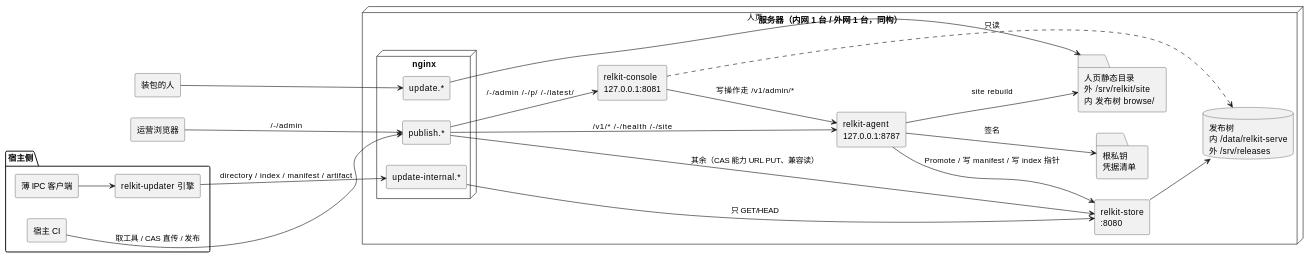
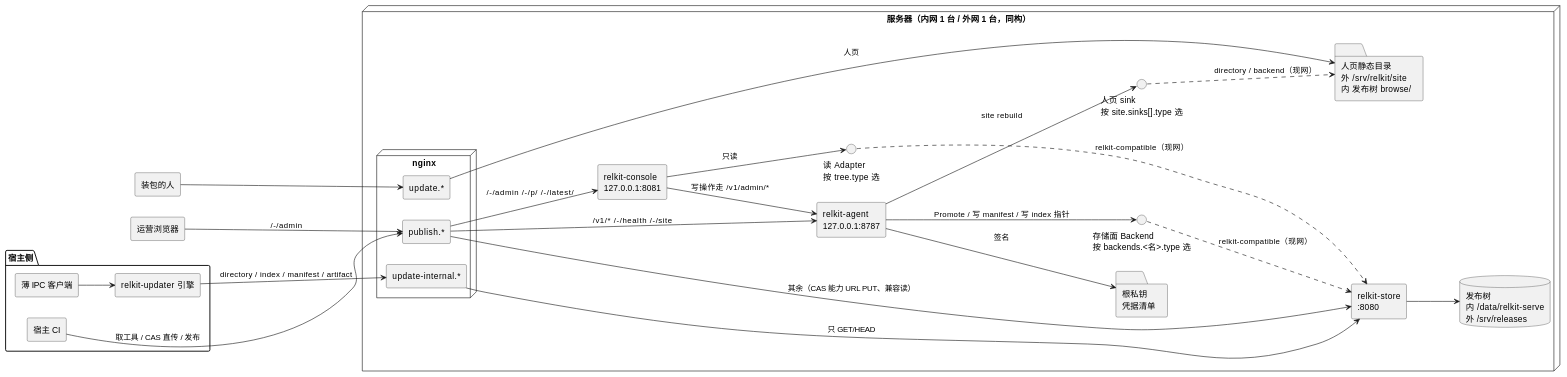
One commit to shichao402/relkit changed the first of 6 diagrams in docs/design/topology.md. Above: the diagram before and after it, drawn with PlantUML. The commit also changed other lines of this file and 14 other files, not shown here.

First line of the commit message:
console: configure the tree reader as an abstract adapter entry

````diff
--- a/docs/design/topology.md
+++ b/docs/design/topology.md
@@ -24,49 +26,55 @@
 ```plantuml
 @startuml
 skinparam componentStyle rectangle
 skinparam shadowing false
 left to right direction
 
 package "宿主侧" {
   [宿主 CI] as ci
   [薄 IPC 客户端] as thin
   [relkit-updater 引擎] as engine
 }
 
 [运营浏览器] as op
 [装包的人] as human
 
 node "服务器（内网 1 台 / 外网 1 台，同构）" {
   node "nginx" {
     [publish.*] as vpub
     [update-internal.*] as vint
     [update.*] as vupd
   }
   [relkit-agent\n127.0.0.1:8787] as agent
   [relkit-store\n:8080] as store
   [relkit-console\n127.0.0.1:8081] as console
+  interface "存储面 Backend\n按 backends.<名>.type 选" as ib
+  interface "人页 sink\n按 site.sinks[].type 选" as isk
+  interface "读 Adapter\n按 tree.type 选" as ia
   database "发布树\n内 /data/relkit-serve\n外 /srv/releases" as tree
   folder "根私钥\n凭据清单" as key
   folder "人页静态目录\n外 /srv/relkit/site\n内 发布树 browse/" as site
 }
 
 ci --> vpub : 取工具 / CAS 直传 / 发布
 op --> vpub : /-/admin
 engine --> vint : directory / index / manifest / artifact
 human --> vupd
 thin --> engine
 
 vpub --> agent : /v1/*  /-/health  /-/site
 vpub --> console : /-/admin  /-/p/  /-/latest/
 vpub --> store : 其余（CAS 能力 URL PUT、兼容读）
 vint --> store : 只 GET/HEAD
 vupd --> site : 人页
 
 agent --> key : 签名
-agent --> store : Promote / 写 manifest / 写 index 指针
-agent --> site : site rebuild
+agent --> ib : Promote / 写 manifest / 写 index 指针
+agent --> isk : site rebuild
 console --> agent : 写操作走 /v1/admin/*
-console ..> tree : 只读
+console --> ia : 只读
+ib ..> store : relkit-compatible（现网）
+isk ..> site : directory / backend（现网）
+ia ..> store : relkit-compatible（现网）
 store --> tree
 @enduml
 ```
````
